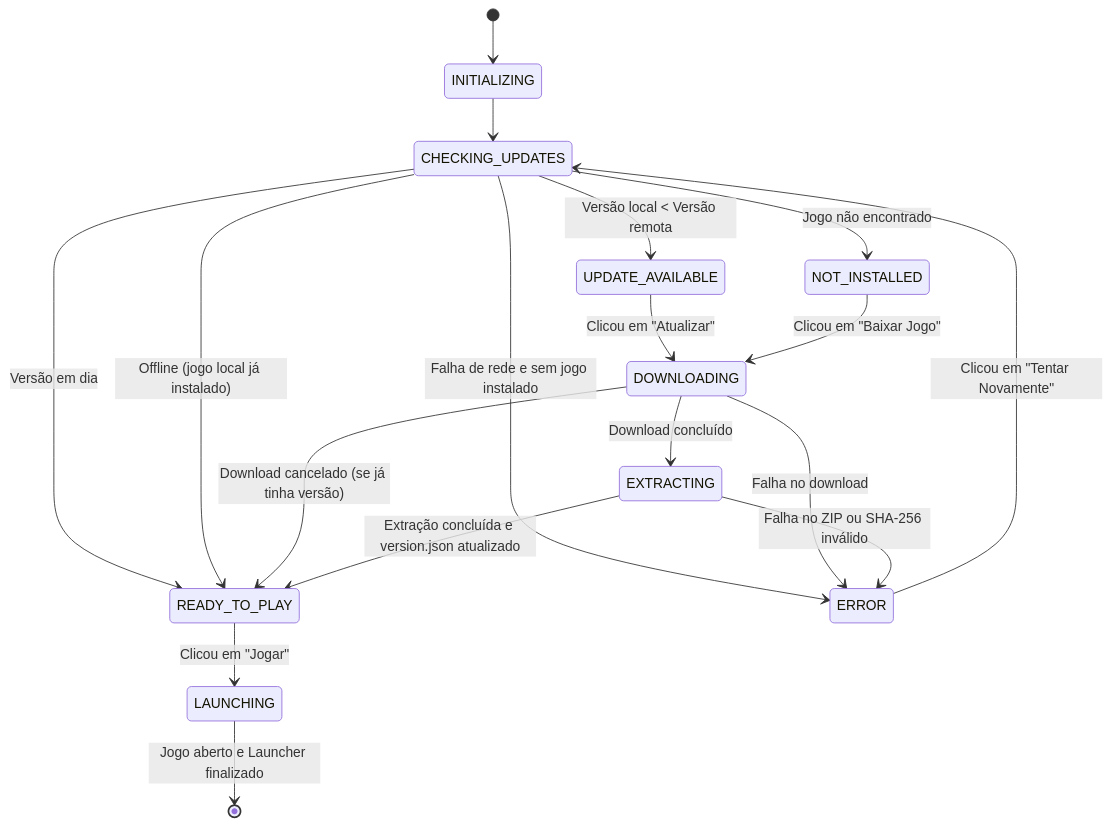
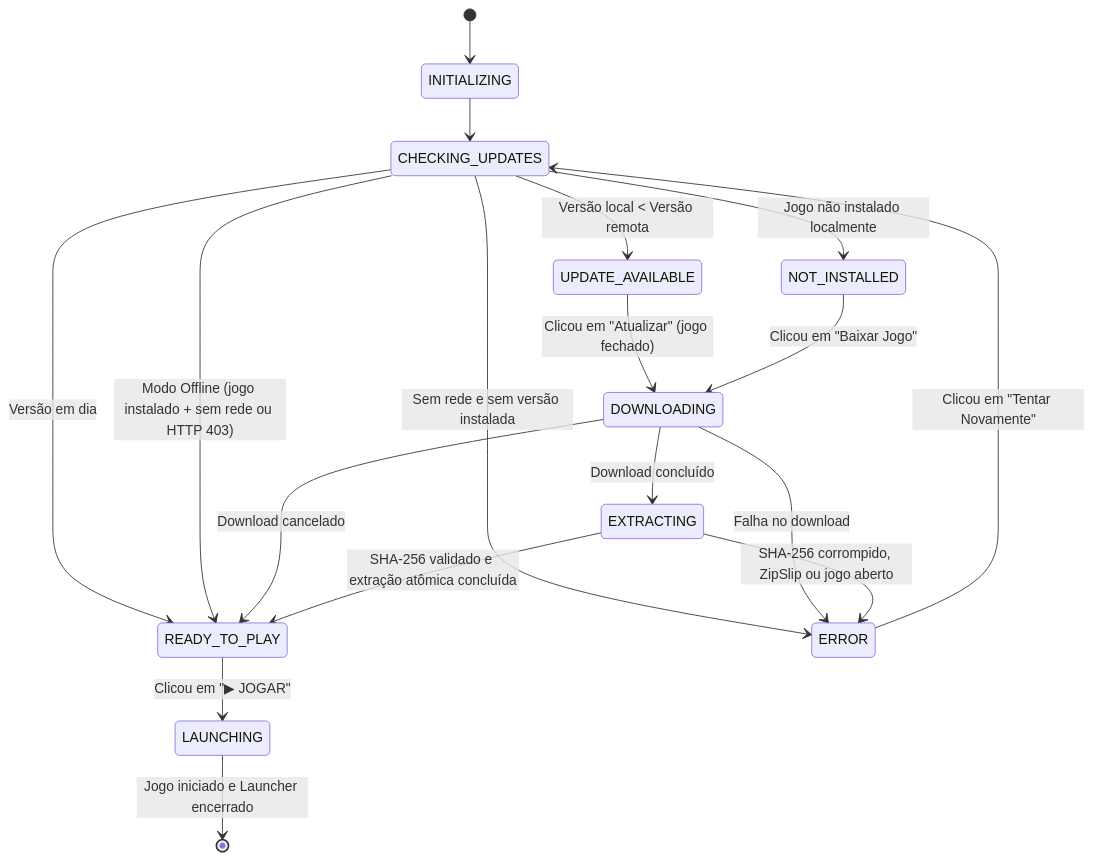
The second of 2 diagrams in docs/LAUNCHER.md (tarcisodev/godot-cepas-selvagens), drawn with Mermaid before and after one commit. The commit also changed other lines of this file and 4 other files, not shown here.

Commit message:
chore(release): bump para v0.1.1, atualizar landing page e documentacao do launcher

````diff
--- a/docs/LAUNCHER.md
+++ b/docs/LAUNCHER.md
@@ -45,26 +85,26 @@
 ```mermaid
 stateDiagram-v2
     [*] --> INITIALIZING
     INITIALIZING --> CHECKING_UPDATES
     
     CHECKING_UPDATES --> READY_TO_PLAY: Versão em dia
     CHECKING_UPDATES --> UPDATE_AVAILABLE: Versão local < Versão remota
-    CHECKING_UPDATES --> NOT_INSTALLED: Jogo não encontrado
-    CHECKING_UPDATES --> READY_TO_PLAY: Offline (jogo local já instalado)
-    CHECKING_UPDATES --> ERROR: Falha de rede e sem jogo instalado
+    CHECKING_UPDATES --> NOT_INSTALLED: Jogo não instalado localmente
+    CHECKING_UPDATES --> READY_TO_PLAY: Modo Offline (jogo instalado + sem rede ou HTTP 403)
+    CHECKING_UPDATES --> ERROR: Sem rede e sem versão instalada
     
-    UPDATE_AVAILABLE --> DOWNLOADING: Clicou em "Atualizar"
+    UPDATE_AVAILABLE --> DOWNLOADING: Clicou em "Atualizar" (jogo fechado)
     NOT_INSTALLED --> DOWNLOADING: Clicou em "Baixar Jogo"
     
     DOWNLOADING --> EXTRACTING: Download concluído
-    DOWNLOADING --> READY_TO_PLAY: Download cancelado (se já tinha versão)
+    DOWNLOADING --> READY_TO_PLAY: Download cancelado
     DOWNLOADING --> ERROR: Falha no download
     
-    EXTRACTING --> READY_TO_PLAY: Extração concluída e version.json atualizado
-    EXTRACTING --> ERROR: Falha no ZIP ou SHA-256 inválido
+    EXTRACTING --> READY_TO_PLAY: SHA-256 validado e extração atômica concluída
+    EXTRACTING --> ERROR: SHA-256 corrompido, ZipSlip ou jogo aberto
     
-    READY_TO_PLAY --> LAUNCHING: Clicou em "Jogar"
-    LAUNCHING --> [*]: Jogo aberto e Launcher finalizado
+    READY_TO_PLAY --> LAUNCHING: Clicou em "▶ JOGAR"
+    LAUNCHING --> [*]: Jogo iniciado e Launcher encerrado
     
     ERROR --> CHECKING_UPDATES: Clicou em "Tentar Novamente"
 ```
````
